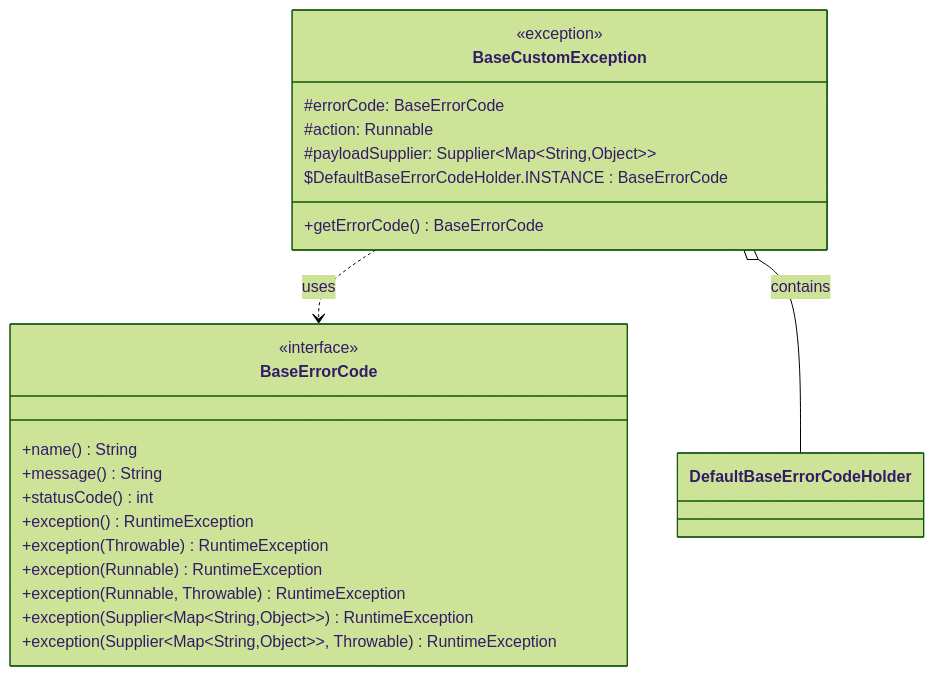
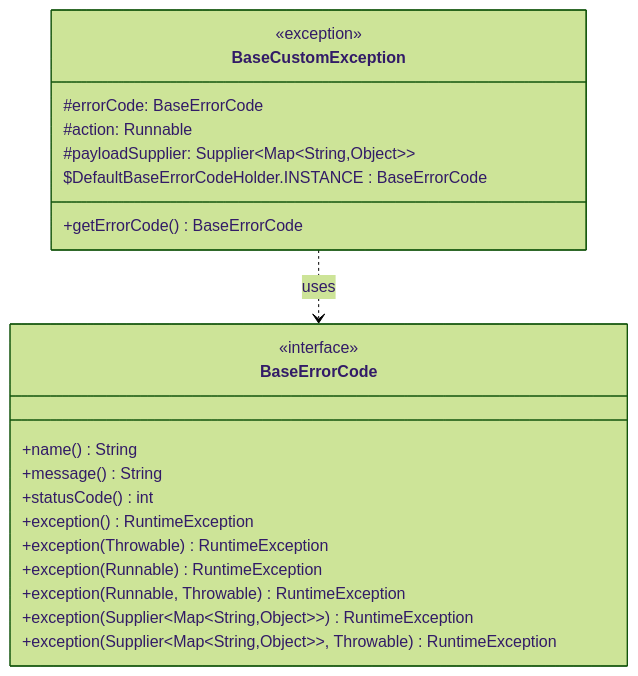
Before and after one commit to merge-simpson/letsdev-error-code-api: the second of 3 diagrams in README.md, drawn with Mermaid.

Commit message:
docs(readme): keep editing mermaid (remove inner class diagram relationship)

````diff
--- a/README.md
+++ b/README.md
@@ -50,46 +50,45 @@
 ```mermaid
 %%{init: {"theme": "forest", "themeVariables": {"fontFamily": "Comic Sans MS"}}}%%
 classDiagram
 %% 클래스 목록
     class BaseErrorCode {
         <<interface>>
         +name() String
         +message() String
         +statusCode() int
         +exception() RuntimeException
         +exception(Throwable) RuntimeException
         +exception(Runnable) RuntimeException
         +exception(Runnable, Throwable) RuntimeException
         +exception(Supplier&lt;Map&lt;String,Object>>) RuntimeException
         +exception(Supplier&lt;Map&lt;String,Object>>, Throwable) RuntimeException
     }
 
     class BaseCustomException {
         <<exception>>
         #errorCode: BaseErrorCode
         #action: Runnable
         #payloadSupplier: Supplier&lt;Map&lt;String,Object>>
         $DefaultBaseErrorCodeHolder.INSTANCE : BaseErrorCode
         
 %%        +BaseCustomException()
 %%        +BaseCustomException(message: String)
 %%        +BaseCustomException(message: String, cause: Throwable)
 %%        +BaseCustomException(errorCode: BaseErrorCode)
 %%        +BaseCustomException(errorCode: BaseErrorCode, cause: Throwable)
 %%        +BaseCustomException(errorCode: BaseErrorCode, action: Runnable)
 %%        +BaseCustomException(errorCode: BaseErrorCode, action: Runnable, cause: Throwable)
 %%        +BaseCustomException(errorCode: BaseErrorCode, payloadSupplier: Supplier&lt;Map&lt;String,Object>>)
 %%        +BaseCustomException(errorCode: BaseErrorCode, payloadSupplier: Supplier&lt;Map&lt;String,Object>>, cause: Throwable)
         
         +getErrorCode() BaseErrorCode
     }
 
 %%    class DefaultBaseErrorCodeHolder {
 %%        <<private>>
 %%        -INSTANCE : BaseErrorCode
 %%    }
 
 %% 관계 표현
     BaseCustomException ..> BaseErrorCode : uses
-    BaseCustomException o-- DefaultBaseErrorCodeHolder : contains
 ```
````
